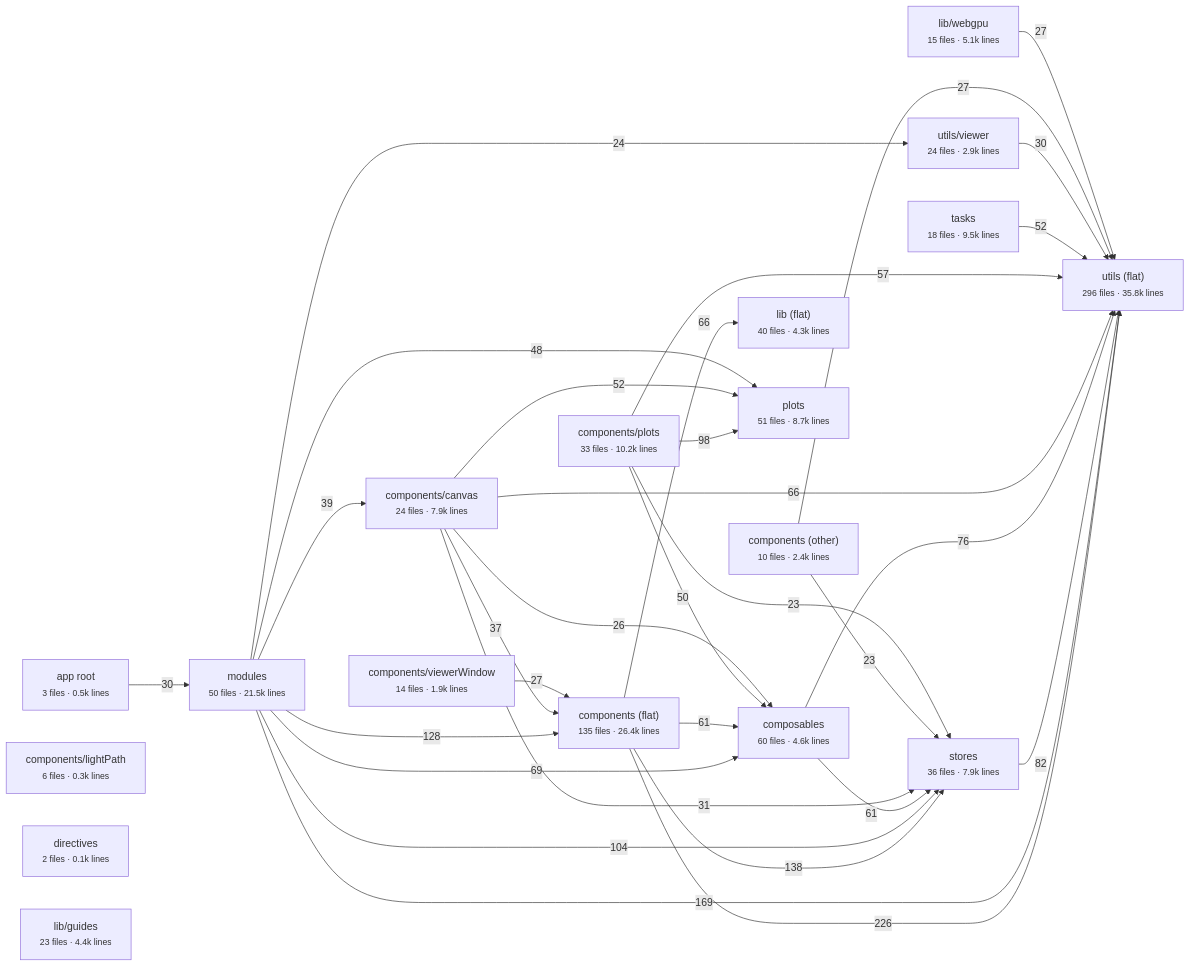
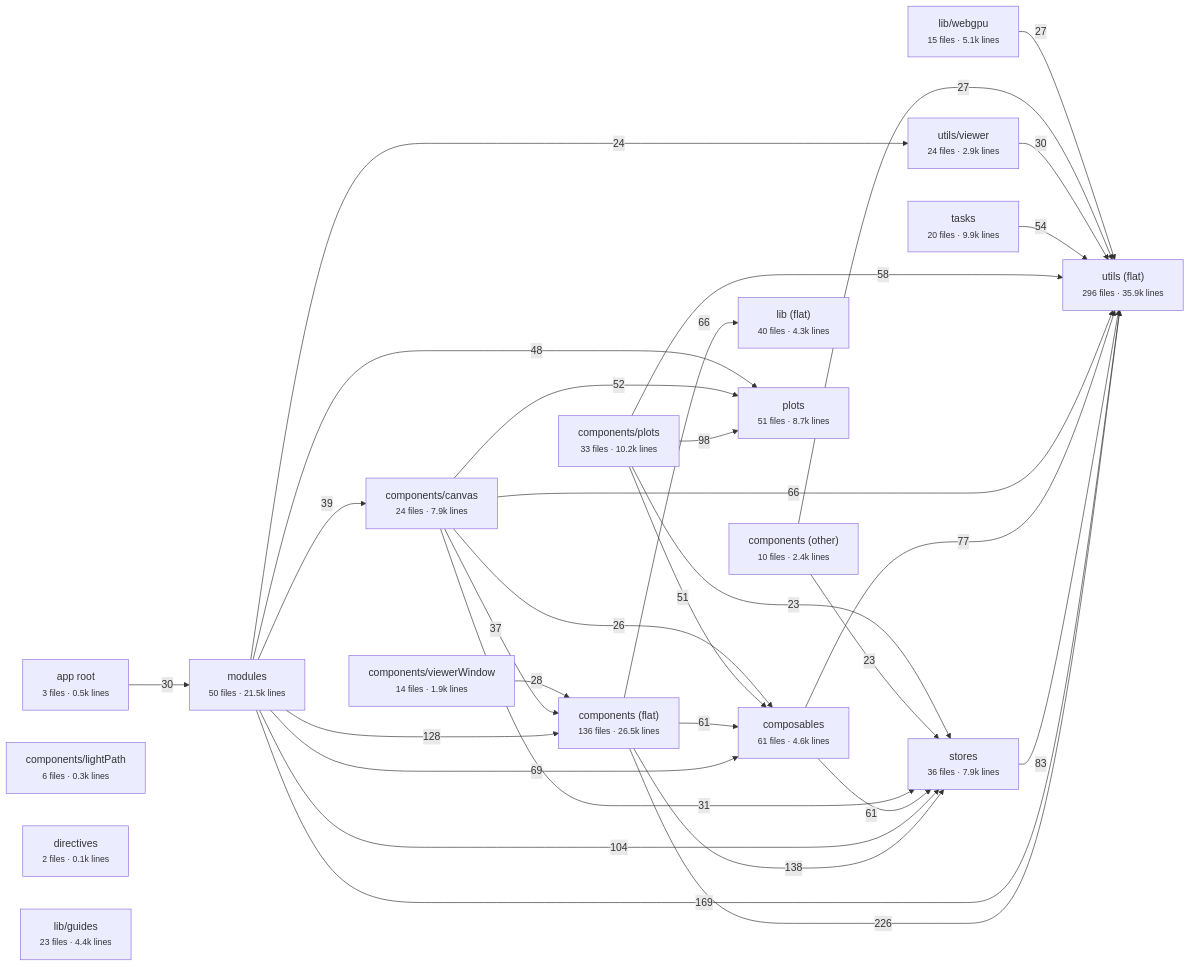
The diagram in docs/architecture/vue/layers.md (schienstockd/cecelia), drawn with Mermaid before and after one commit. The commit also changed other lines of this file and 27 other files, not shown here.

````diff
--- a/docs/architecture/vue/layers.md
+++ b/docs/architecture/vue/layers.md
@@ -10,51 +10,51 @@
 ```mermaid
 flowchart LR
   app_root["app root<br/><small>3 files · 0.5k lines</small>"]
-  components__flat_["components (flat)<br/><small>135 files · 26.4k lines</small>"]
+  components__flat_["components (flat)<br/><small>136 files · 26.5k lines</small>"]
   components__other_["components (other)<br/><small>10 files · 2.4k lines</small>"]
   components_canvas["components/canvas<br/><small>24 files · 7.9k lines</small>"]
   components_lightPath["components/lightPath<br/><small>6 files · 0.3k lines</small>"]
   components_plots["components/plots<br/><small>33 files · 10.2k lines</small>"]
   components_viewerWindow["components/viewerWindow<br/><small>14 files · 1.9k lines</small>"]
-  composables["composables<br/><small>60 files · 4.6k lines</small>"]
+  composables["composables<br/><small>61 files · 4.6k lines</small>"]
   directives["directives<br/><small>2 files · 0.1k lines</small>"]
   lib__flat_["lib (flat)<br/><small>40 files · 4.3k lines</small>"]
   lib_guides["lib/guides<br/><small>23 files · 4.4k lines</small>"]
   lib_webgpu["lib/webgpu<br/><small>15 files · 5.1k lines</small>"]
   modules["modules<br/><small>50 files · 21.5k lines</small>"]
   plots["plots<br/><small>51 files · 8.7k lines</small>"]
   stores["stores<br/><small>36 files · 7.9k lines</small>"]
-  tasks["tasks<br/><small>18 files · 9.5k lines</small>"]
-  utils__flat_["utils (flat)<br/><small>296 files · 35.8k lines</small>"]
+  tasks["tasks<br/><small>20 files · 9.9k lines</small>"]
+  utils__flat_["utils (flat)<br/><small>296 files · 35.9k lines</small>"]
   utils_viewer["utils/viewer<br/><small>24 files · 2.9k lines</small>"]
   components__flat_ -->|226| utils__flat_
   modules -->|169| utils__flat_
   components__flat_ -->|138| stores
   modules -->|128| components__flat_
   modules -->|104| stores
   components_plots -->|98| plots
-  stores -->|82| utils__flat_
-  composables -->|76| utils__flat_
+  stores -->|83| utils__flat_
+  composables -->|77| utils__flat_
   modules -->|69| composables
   components__flat_ -->|66| lib__flat_
   components_canvas -->|66| utils__flat_
   components__flat_ -->|61| composables
   composables -->|61| stores
-  components_plots -->|57| utils__flat_
+  components_plots -->|58| utils__flat_
+  tasks -->|54| utils__flat_
   components_canvas -->|52| plots
-  tasks -->|52| utils__flat_
-  components_plots -->|50| composables
+  components_plots -->|51| composables
   modules -->|48| plots
   modules -->|39| components_canvas
   components_canvas -->|37| components__flat_
   components_canvas -->|31| stores
   app_root -->|30| modules
   utils_viewer -->|30| utils__flat_
+  components_viewerWindow -->|28| components__flat_
   components__other_ -->|27| utils__flat_
-  components_viewerWindow -->|27| components__flat_
   lib_webgpu -->|27| utils__flat_
   components_canvas -->|26| composables
   modules -->|24| utils_viewer
   components__other_ -->|23| stores
   components_plots -->|23| stores
 ```
````
